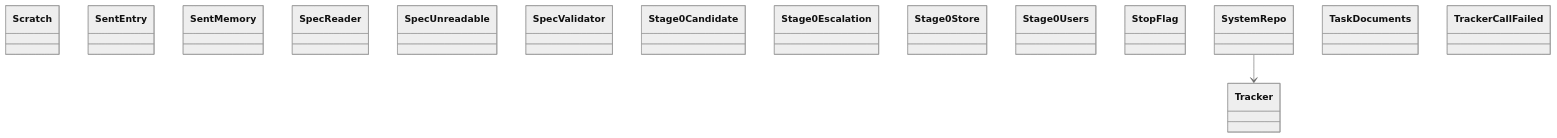
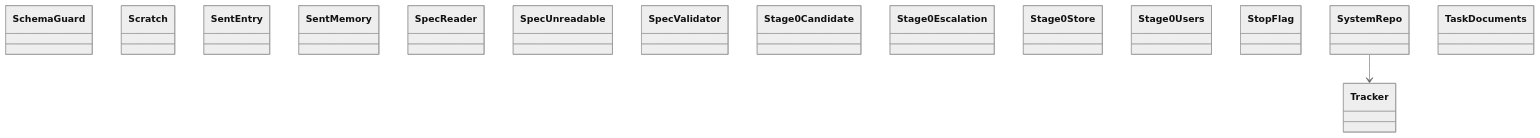
The diagram in docs/architecture/generated/classes-process-application-support-6.md (GonzaloZevallos/agentic-system), drawn with Mermaid (neutral theme) before and after one commit. The commit also changed other lines of this file and 23 other files, not shown here.

````diff
--- a/docs/architecture/generated/classes-process-application-support-6.md
+++ b/docs/architecture/generated/classes-process-application-support-6.md
@@ -20,19 +20,19 @@
 ```mermaid
 classDiagram
+    class ports__SchemaGuard["SchemaGuard"]
     class ports__Scratch["Scratch"]
     class ports__SentEntry["SentEntry"]
     class ports__SentMemory["SentMemory"]
     class ports__SpecReader["SpecReader"]
     class ports__SpecUnreadable["SpecUnreadable"]
     class ports__SpecValidator["SpecValidator"]
     class ports__Stage0Candidate["Stage0Candidate"]
     class ports__Stage0Escalation["Stage0Escalation"]
     class ports__Stage0Store["Stage0Store"]
     class ports__Stage0Users["Stage0Users"]
     class ports__StopFlag["StopFlag"]
     class ports__SystemRepo["SystemRepo"]
     class ports__TaskDocuments["TaskDocuments"]
     class ports__Tracker["Tracker"]
-    class ports__TrackerCallFailed["TrackerCallFailed"]
     ports__SystemRepo --> ports__Tracker
 ```
````
